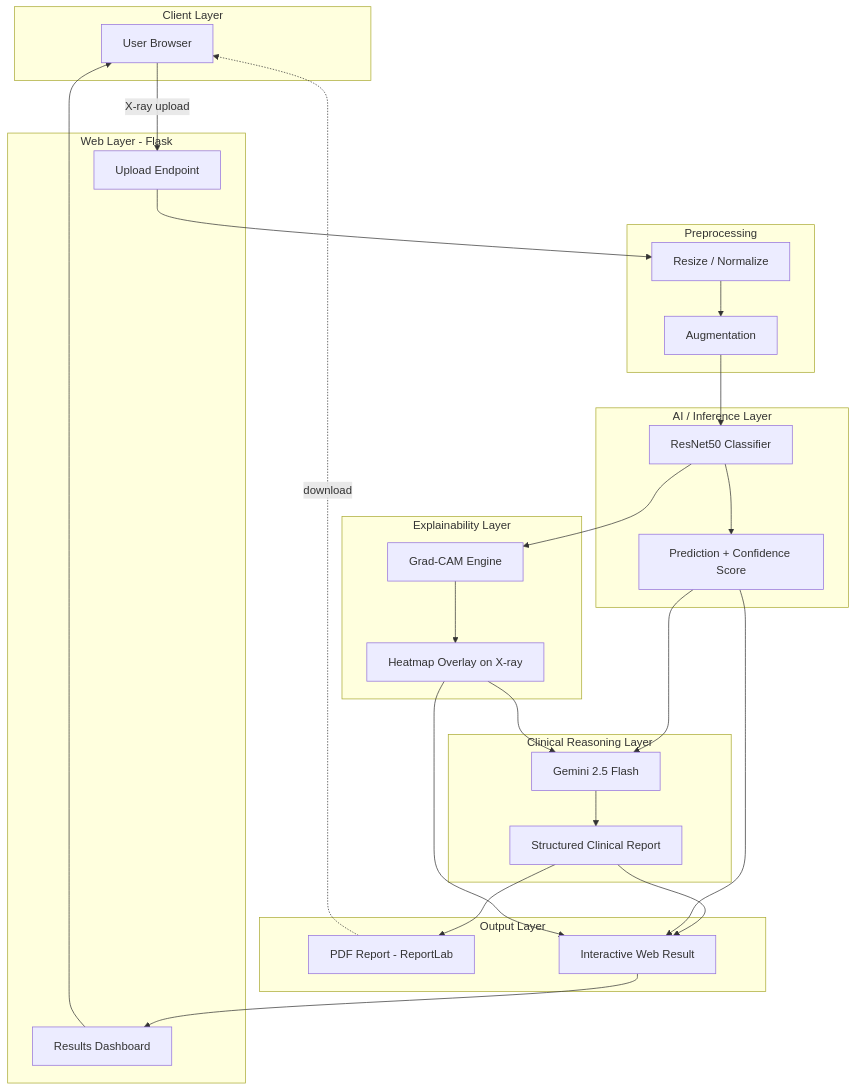
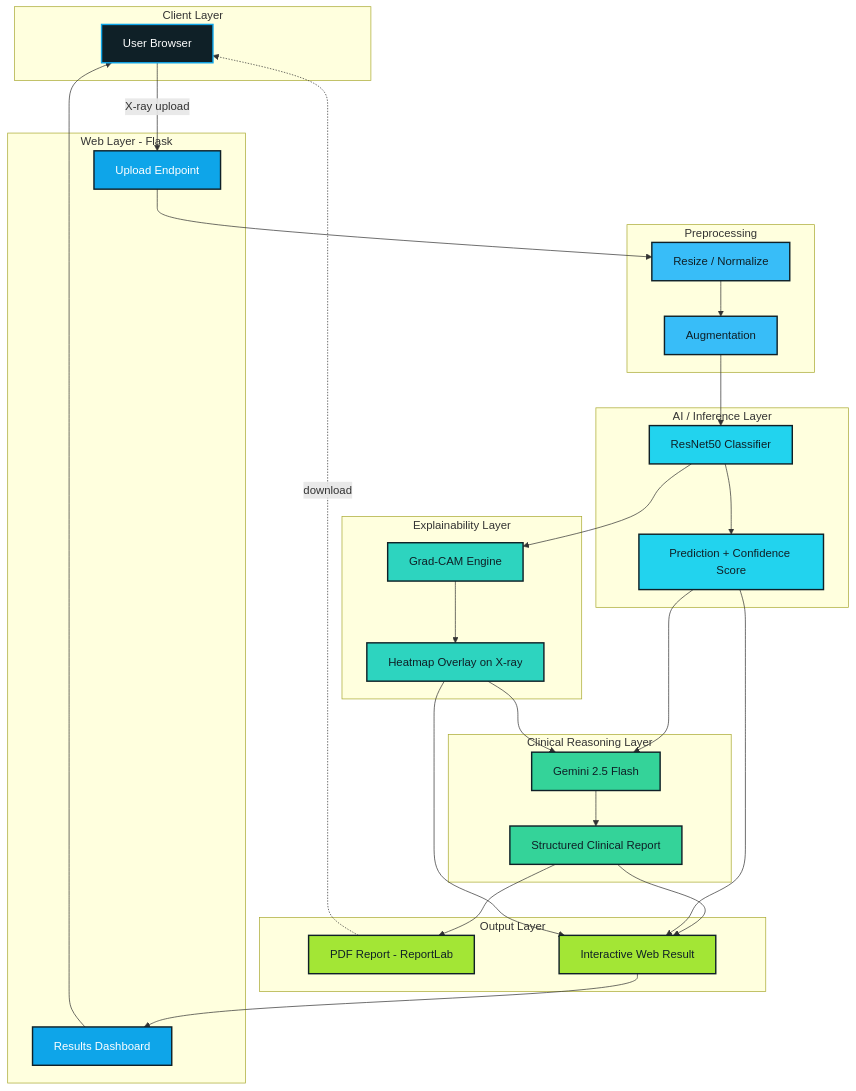
One commit to Biswajitpa/PNEUMONIA.AI changed the diagram in README.md. Above: the diagram before and after it, drawn with Mermaid.

````diff
--- a/README.md
+++ b/README.md
@@ -44,50 +44,66 @@
 ```mermaid
 flowchart TD
     subgraph Client["Client Layer"]
         U[User Browser]
     end
 
     subgraph Web["Web Layer - Flask"]
         UP[Upload Endpoint]
         DASH[Results Dashboard]
     end
 
     subgraph Preprocess["Preprocessing"]
         RESIZE[Resize / Normalize]
         AUG[Augmentation]
     end
 
     subgraph AI["AI / Inference Layer"]
         CNN[ResNet50 Classifier]
         CONF[Prediction + Confidence Score]
     end
 
     subgraph XAI["Explainability Layer"]
         GC[Grad-CAM Engine]
         OVERLAY[Heatmap Overlay on X-ray]
     end
 
     subgraph LLM["Clinical Reasoning Layer"]
         GEMINI[Gemini 2.5 Flash]
         REPORT[Structured Clinical Report]
     end
 
     subgraph Output["Output Layer"]
         PDF[PDF Report - ReportLab]
         UI[Interactive Web Result]
     end
 
     U -->|X-ray upload| UP
     UP --> RESIZE --> AUG --> CNN
     CNN --> CONF
     CNN --> GC --> OVERLAY
     CONF --> GEMINI
     OVERLAY --> GEMINI
     GEMINI --> REPORT
     REPORT --> PDF
     REPORT --> UI
     CONF --> UI
     OVERLAY --> UI
     UI --> DASH --> U
     PDF -.->|download| U
+
+    classDef client fill:#0f2027,stroke:#0ea5e9,color:#ffffff,stroke-width:2px
+    classDef web fill:#0ea5e9,stroke:#0f2027,color:#ffffff,stroke-width:2px
+    classDef prep fill:#38bdf8,stroke:#0f2027,color:#0f2027,stroke-width:2px
+    classDef ai fill:#22d3ee,stroke:#0f2027,color:#0f2027,stroke-width:2px
+    classDef xai fill:#2dd4bf,stroke:#0f2027,color:#0f2027,stroke-width:2px
+    classDef llm fill:#34d399,stroke:#0f2027,color:#0f2027,stroke-width:2px
+    classDef output fill:#a3e635,stroke:#0f2027,color:#0f2027,stroke-width:2px
+
+    class U client
+    class UP,DASH web
+    class RESIZE,AUG prep
+    class CNN,CONF ai
+    class GC,OVERLAY xai
+    class GEMINI,REPORT llm
+    class PDF,UI output
 ```
````
